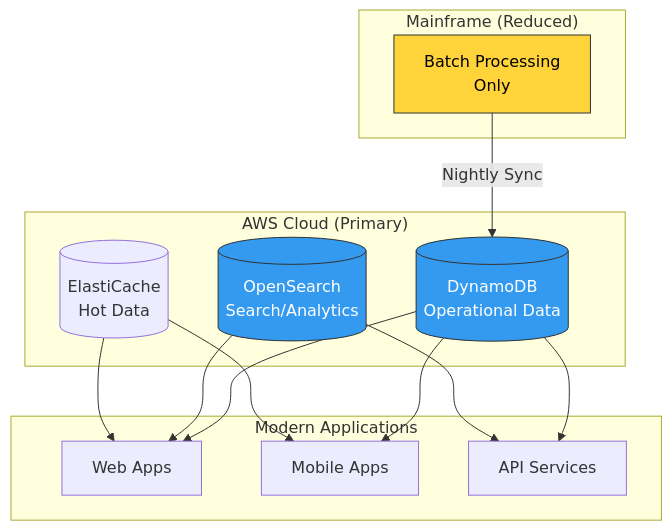
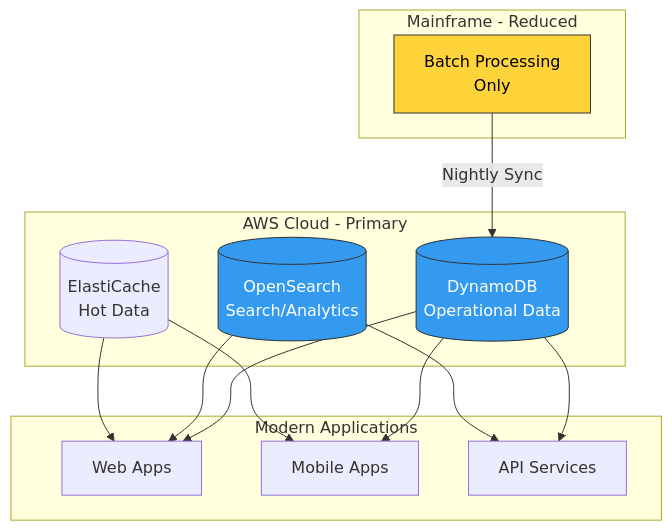
Before and after one commit to maddinenisri/mainframe-data-migration: the tenth of 12 diagrams in docs/executive-presentation.md, drawn with Mermaid. The commit also changed other lines of this file and 1 other file, not shown here.

````diff
--- a/docs/executive-presentation.md
+++ b/docs/executive-presentation.md
@@ -423,31 +423,31 @@
 ```mermaid
 flowchart TB
-    subgraph Legacy["Mainframe (Reduced)"]
+    subgraph Legacy["Mainframe - Reduced"]
         BATCH["Batch Processing<br/>Only"]
     end
 
-    subgraph Cloud["AWS Cloud (Primary)"]
+    subgraph Cloud["AWS Cloud - Primary"]
         DDB[("DynamoDB<br/>Operational Data")]
         ES[("OpenSearch<br/>Search/Analytics")]
         CACHE[("ElastiCache<br/>Hot Data")]
     end
 
     subgraph Apps["Modern Applications"]
         WEB["Web Apps"]
         MOBILE["Mobile Apps"]
         API["API Services"]
     end
 
     BATCH -->|"Nightly Sync"| DDB
     DDB --> WEB
     DDB --> MOBILE
     DDB --> API
     ES --> WEB
     ES --> API
     CACHE --> WEB
     CACHE --> MOBILE
 
     style BATCH fill:#ffd43b,stroke:#333,color:#000
     style DDB fill:#339af0,stroke:#333,color:#fff
     style ES fill:#339af0,stroke:#333,color:#fff
 ```
````
